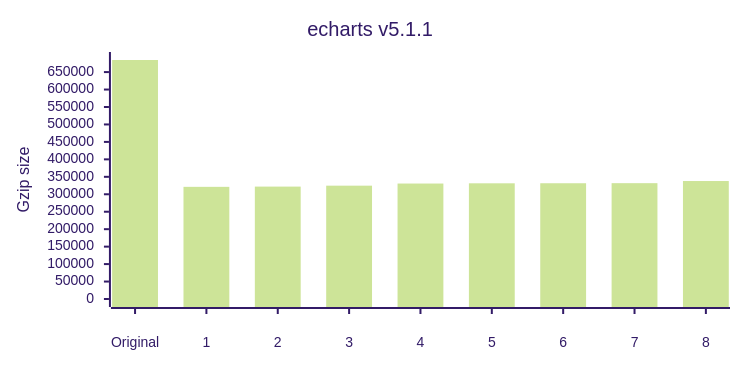
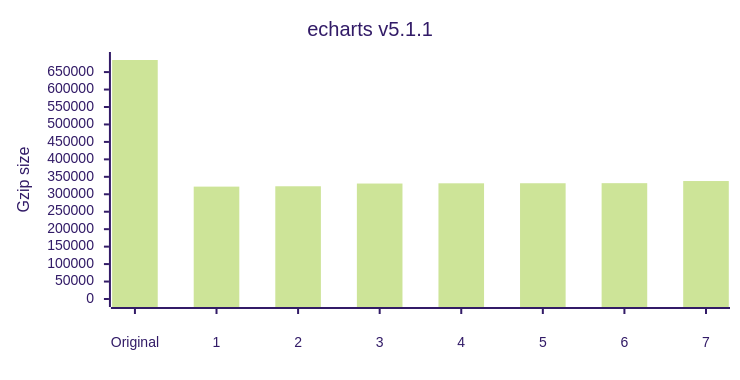
The tenth of 12 diagrams in README.md (privatenumber/minification-benchmarks), drawn with Mermaid (forest theme) before and after one commit. The commit also changed other lines of this file, not shown here.

````diff
--- a/README.md
+++ b/README.md
@@ -430,17 +457,17 @@
 ```mermaid
 ---
 config:
     xyChart:
         width: 720
         height: 360
         xAxis:
             labelPadding: 20
         yAxis:
             labelPadding: 10
 ---
 xychart-beta
 	title "echarts v5.1.1"
-	x-axis ["Original",1,2,3,4,5,6,7,8]
+	x-axis ["Original",1,2,3,4,5,6,7]
 	y-axis "Gzip size" 0 --> 684611
-	bar [684611,321269,321987,324635,330736,331412,331563,331791,337934]
+	bar [684611,321931,322924,330736,331412,331563,331791,337934]
 ```
````
